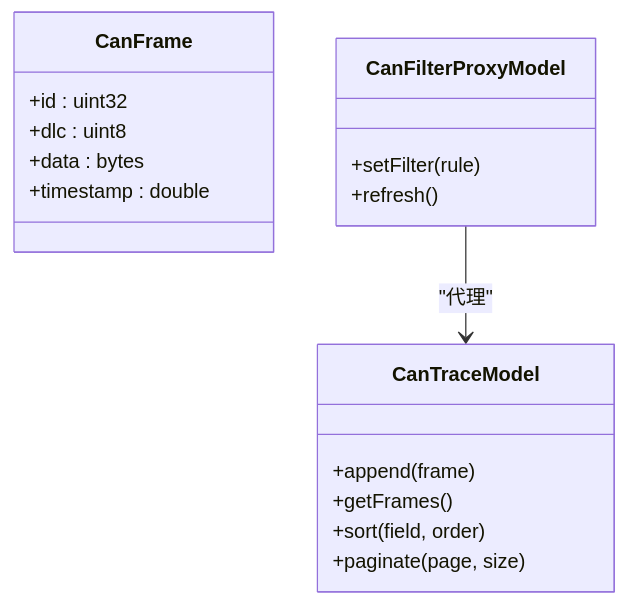
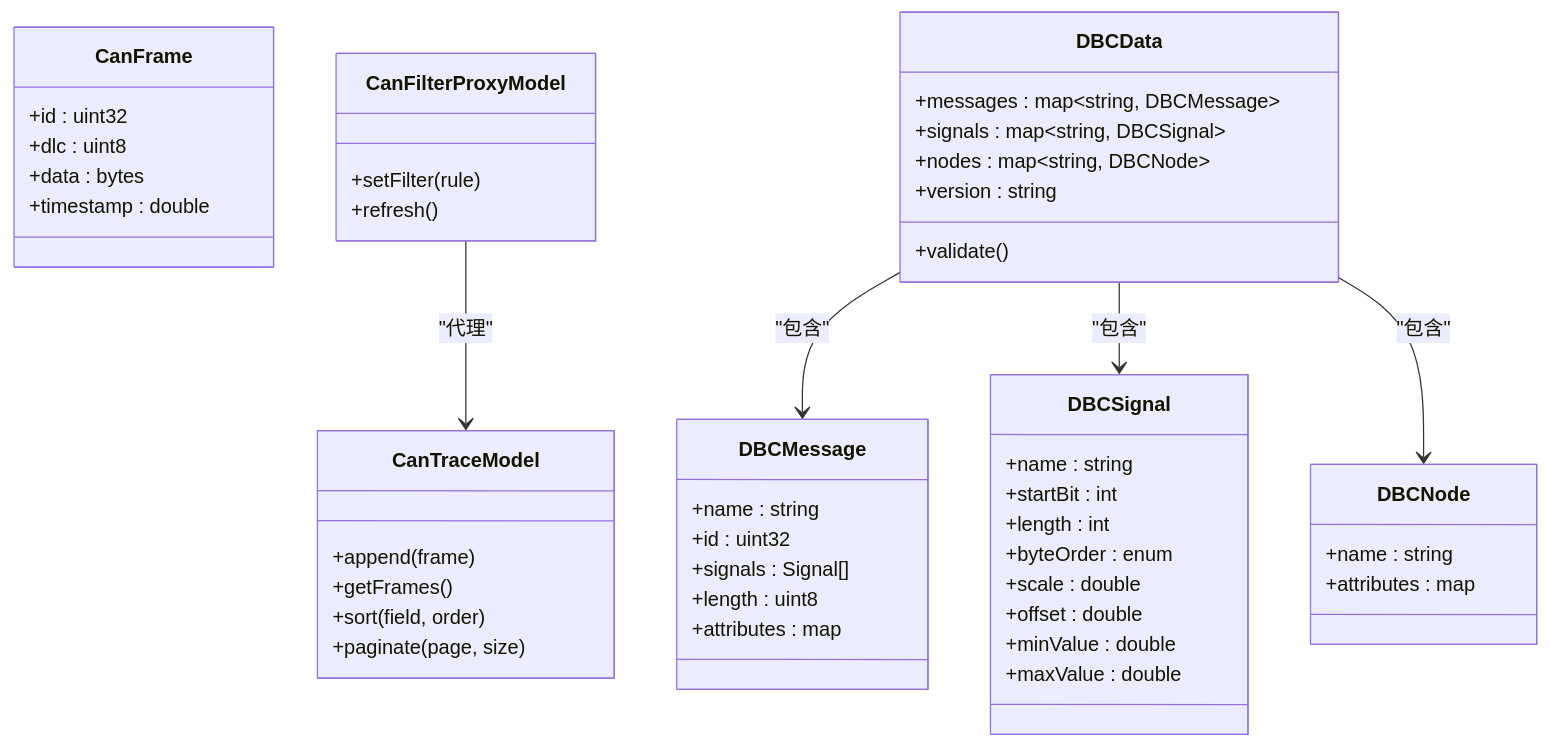
One commit to jakecai1225-design/OpenBus changed the third of 7 diagrams in .qoder/repowiki/zh/content/项目概述/CAN总线分析工具.md. Above: the diagram before and after it, drawn with Mermaid. The commit also changed other lines of this file and 215 other files, not shown here.

````diff
--- a/.qoder/repowiki/zh/content/项目概述/CAN总线分析工具.md
+++ b/.qoder/repowiki/zh/content/项目概述/CAN总线分析工具.md
@@ -305,20 +391,51 @@
 ```mermaid
 classDiagram
 class CanFrame {
 +id : uint32
 +dlc : uint8
 +data : bytes
 +timestamp : double
 }
 class CanTraceModel {
 +append(frame)
 +getFrames()
 +sort(field, order)
 +paginate(page, size)
 }
 class CanFilterProxyModel {
 +setFilter(rule)
 +refresh()
 }
+class DBCMessage {
++name : string
++id : uint32
++signals : Signal[]
++length : uint8
++attributes : map
+}
+class DBCSignal {
++name : string
++startBit : int
++length : int
++byteOrder : enum
++scale : double
++offset : double
++minValue : double
++maxValue : double
+}
+class DBCNode {
++name : string
++attributes : map
+}
+class DBCData {
++messages : map~string, DBCMessage~
++signals : map~string, DBCSignal~
++nodes : map~string, DBCNode~
++version : string
++validate()
+}
 CanFilterProxyModel --> CanTraceModel : "代理"
+DBCData --> DBCMessage : "包含"
+DBCData --> DBCSignal : "包含"
+DBCData --> DBCNode : "包含"
 ```
````
